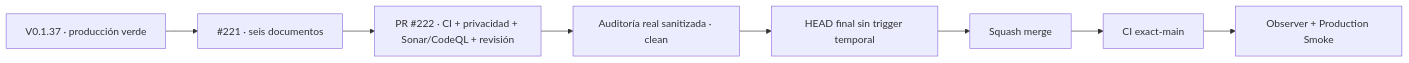
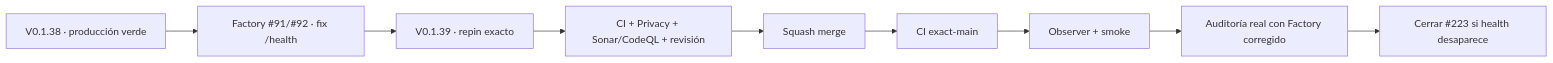
One commit to pl0n3r/Condor changed the diagram in README.md. Above: the diagram before and after it, drawn with Mermaid. The commit also changed other lines of this file and 4 other files, not shown here.

First line of the commit message:
fix(privacidad): repinear Factory tras falso positivo health (V 0.1.39) (#225)

````diff
--- a/README.md
+++ b/README.md
@@ -56,10 +53,11 @@
 ```mermaid
 flowchart LR
-  A["V0.1.37 · producción verde"] --> B["#221 · seis documentos"]
-  B --> C["PR #222 · CI + privacidad + Sonar/CodeQL + revisión"]
-  C --> D["Auditoría real sanitizada · clean"]
-  D --> E["HEAD final sin trigger temporal"]
-  E --> M["Squash merge"]
-  M --> F["CI exact-main"]
-  F --> G["Observer + Production Smoke"]
+  A["V0.1.38 · producción verde"] --> B["Factory #91/#92 · fix /health"]
+  B --> C["V0.1.39 · repin exacto"]
+  C --> D["CI + Privacy + Sonar/CodeQL + revisión"]
+  D --> E["Squash merge"]
+  E --> F["CI exact-main"]
+  F --> G["Observer + smoke"]
+  G --> H["Auditoría real con Factory corregido"]
+  H --> I["Cerrar #223 si health desaparece"]
 ```
````
